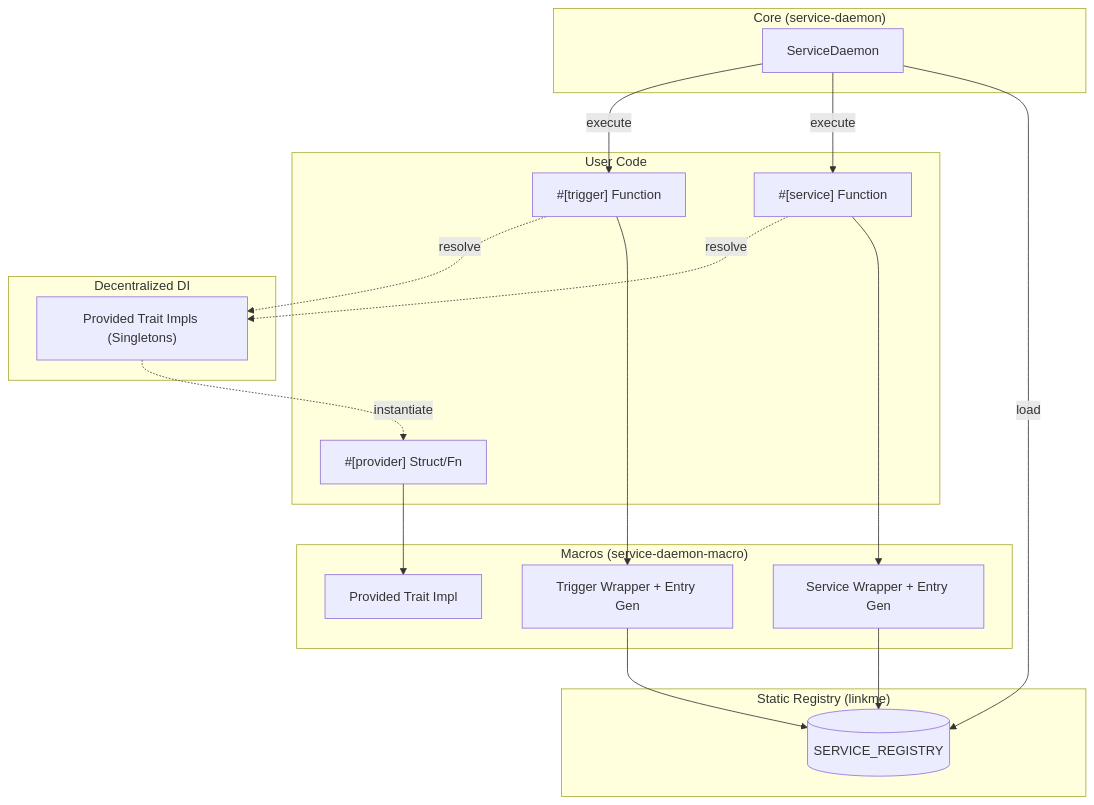
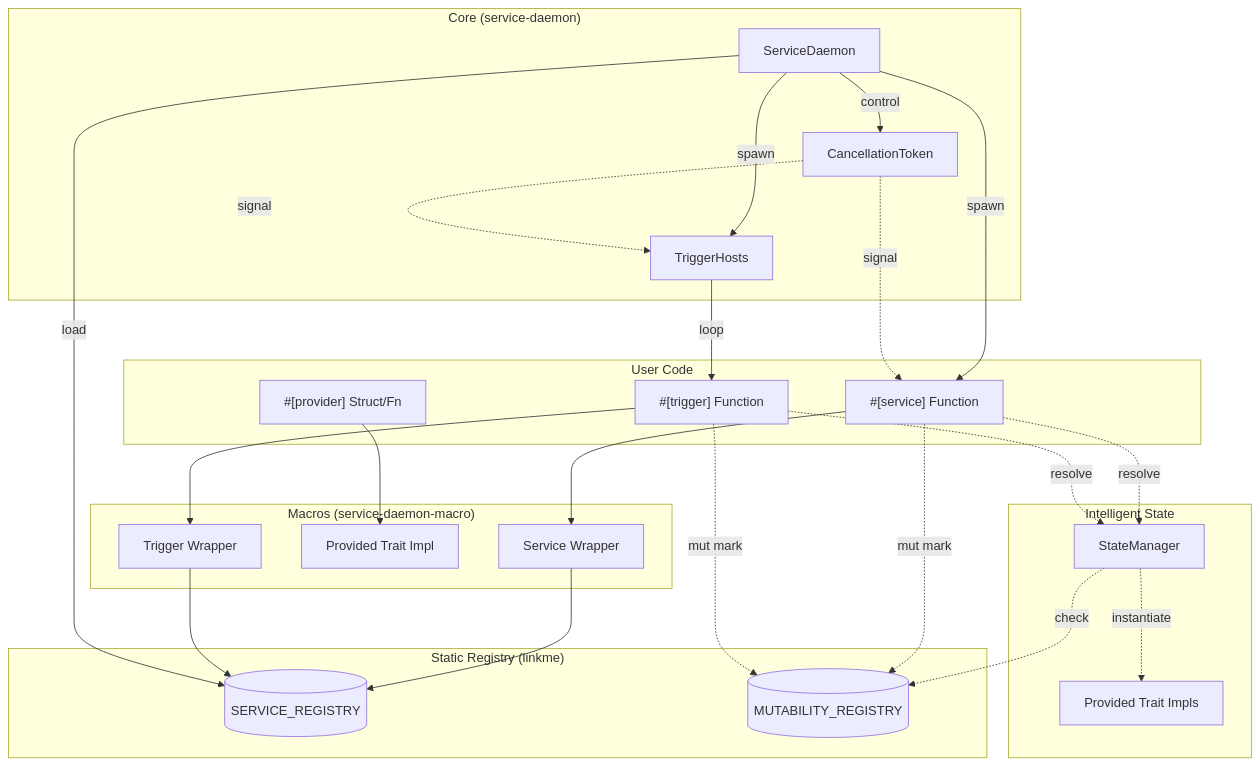
The diagram in docs/contribute/framework.md (loft-games/service-daemon-rs), drawn with Mermaid before and after one commit. The commit also changed other lines of this file and 16 other files, not shown here.

Commit message:
feat: introduce intelligent state management with mutability marks for automatic `RwLock`/`Mutex` promotion.

````diff
--- a/docs/contribute/framework.md
+++ b/docs/contribute/framework.md
@@ -19,41 +19,56 @@
 ```mermaid
 graph TD
     subgraph "User Code"
         S["#[service] Function"]
         P["#[provider] Struct/Fn"]
         T["#[trigger] Function"]
     end
 
     subgraph "Macros (service-daemon-macro)"
-        M_S[Service Wrapper + Entry Gen]
+        M_S[Service Wrapper]
         M_P[Provided Trait Impl]
-        M_T[Trigger Wrapper + Entry Gen]
+        M_T[Trigger Wrapper]
     end
 
     subgraph "Static Registry (linkme)"
         SR[(SERVICE_REGISTRY)]
+        MR[(MUTABILITY_REGISTRY)]
     end
 
     subgraph "Core (service-daemon)"
         SD[ServiceDaemon]
+        CT[CancellationToken]
+        TH[TriggerHosts]
     end
 
-    subgraph "Decentralized DI"
-        P_Impl["Provided Trait Impls (Singletons)"]
+    subgraph "Intelligent State"
+        SM[StateManager]
+        P_Impl["Provided Trait Impls"]
     end
 
     S --> M_S
     P --> M_P
     T --> M_T
 
     M_S --> SR
     M_T --> SR
+    
+    %% Mutability detection
+    S -.->|mut mark| MR
+    T -.->|mut mark| MR
 
     SD -->|load| SR
-    SD -->|execute| S
-    SD -->|execute| T
+    SD -->|control| CT
     
-    S -.->|resolve| P_Impl
-    T -.->|resolve| P_Impl
-    P_Impl -.->|instantiate| P
+    SD -->|spawn| S
+    SD -->|spawn| TH
+    TH -->|loop| T
+    
+    CT -.->|signal| S
+    CT -.->|signal| TH
+    
+    S -.->|resolve| SM
+    T -.->|resolve| SM
+    SM -.->|check| MR
+    SM -.->|instantiate| P_Impl
 ```
````
